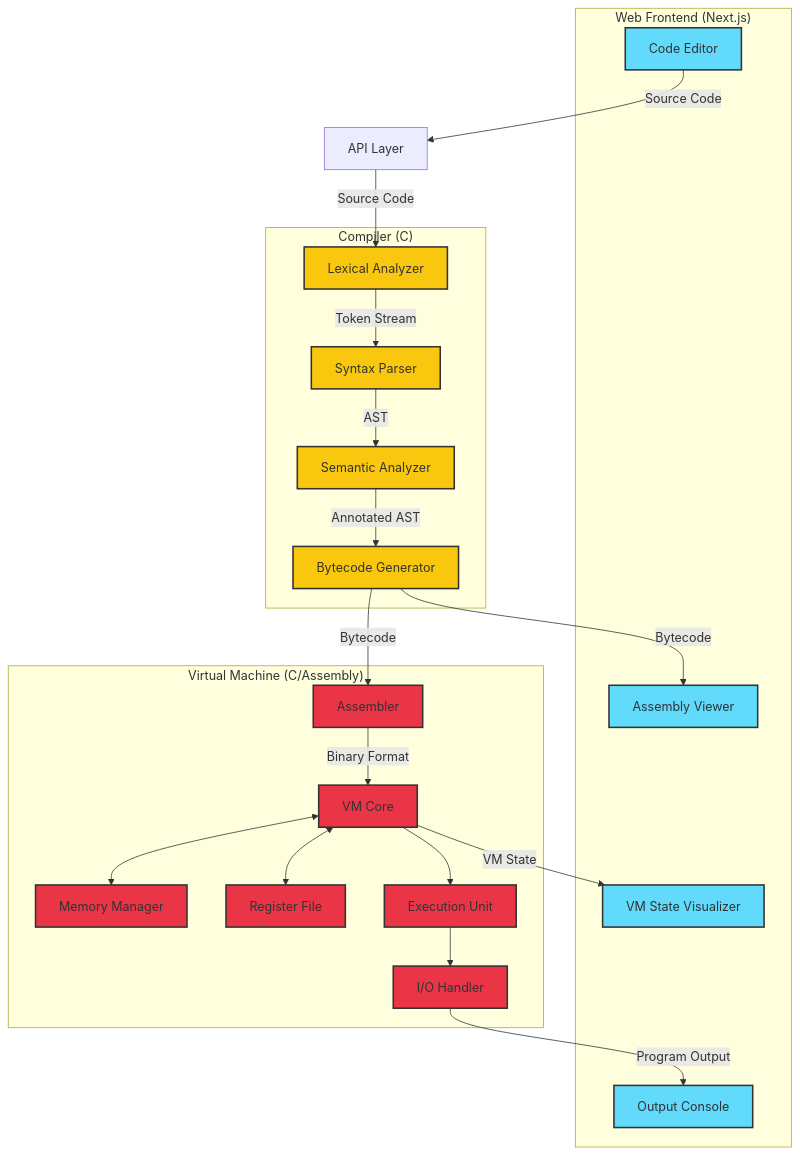
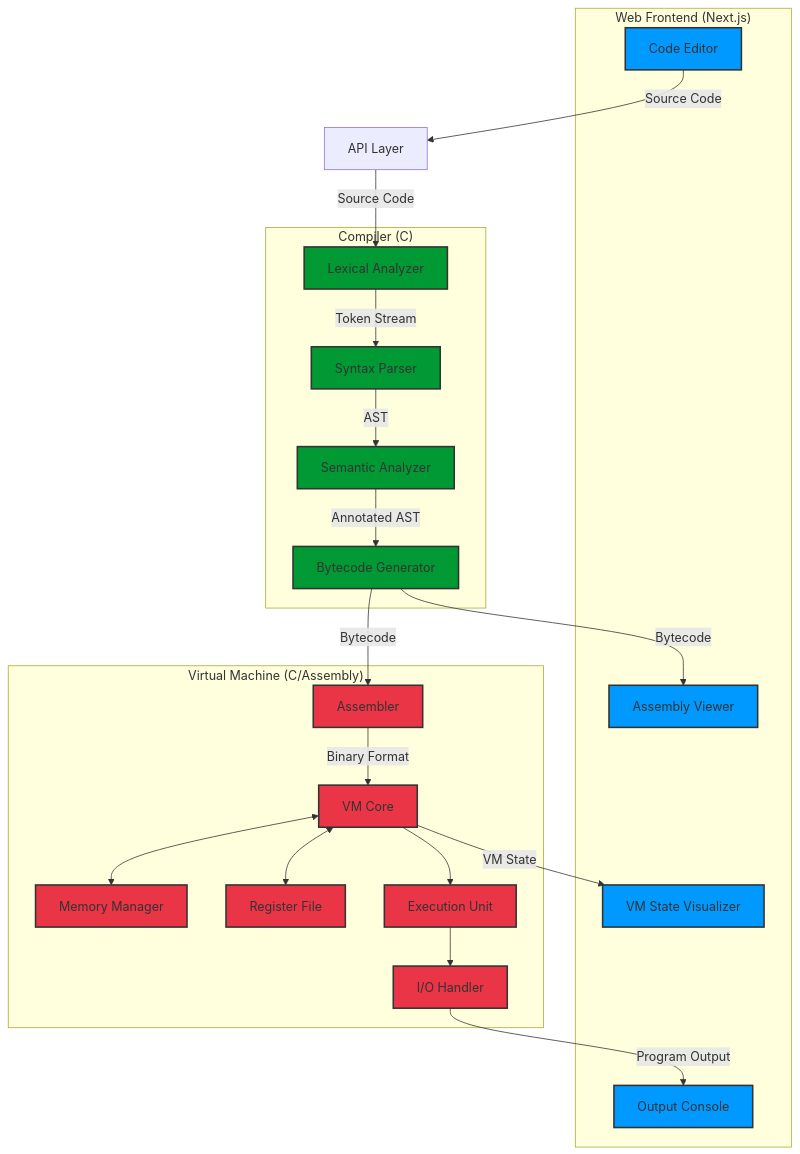
One commit to 1neskk/SPL changed the first of 2 diagrams in README.md. Above: the diagram before and after it, drawn with Mermaid.

````diff
--- a/README.md
+++ b/README.md
@@ -26,49 +26,49 @@
 ```mermaid
 flowchart TB
     subgraph "Web Frontend (Next.js)"
         Editor[Code Editor]
         ASMViewer[Assembly Viewer]
         VMVisualizer[VM State Visualizer]
         Output[Output Console]
     end
     
     subgraph "Compiler (C)"
         Lexer[Lexical Analyzer]
         Parser[Syntax Parser]
         SemanticAnalyzer[Semantic Analyzer]
         CodeGen[Bytecode Generator]
     end
     
     subgraph "Virtual Machine (C/Assembly)"
         Assembler[Assembler]
         Core[VM Core]
         Memory[Memory Manager]
         Registers[Register File]
         ExecUnit[Execution Unit]
         IO[I/O Handler]
     end
     
     Editor -->|Source Code| API[API Layer]
     API -->|Source Code| Lexer
     Lexer -->|Token Stream| Parser
     Parser -->|AST| SemanticAnalyzer
     SemanticAnalyzer -->|Annotated AST| CodeGen
     CodeGen -->|Bytecode| Assembler
     CodeGen -->|Bytecode| ASMViewer
     Assembler -->|Binary Format| Core
     Core <--> Memory
     Core <--> Registers
     Core --> ExecUnit
     ExecUnit --> IO
     
     Core -->|VM State| VMVisualizer
     IO -->|Program Output| Output
     
-    classDef nextjs fill:#61DAFB,stroke:#333,stroke-width:2px;
-    classDef compiler fill:#F9C80E,stroke:#333,stroke-width:2px;
+    classDef nextjs fill:#0099ff,stroke:#333,stroke-width:2px;
+    classDef compiler fill:#009933,stroke:#333,stroke-width:2px;
     classDef vm fill:#EA3546,stroke:#333,stroke-width:2px;
     
     class Editor,ASMViewer,VMVisualizer,Output nextjs;
     class Lexer,Parser,SemanticAnalyzer,CodeGen compiler;
     class Assembler,Core,Memory,Registers,ExecUnit,IO vm;
 ```
````
